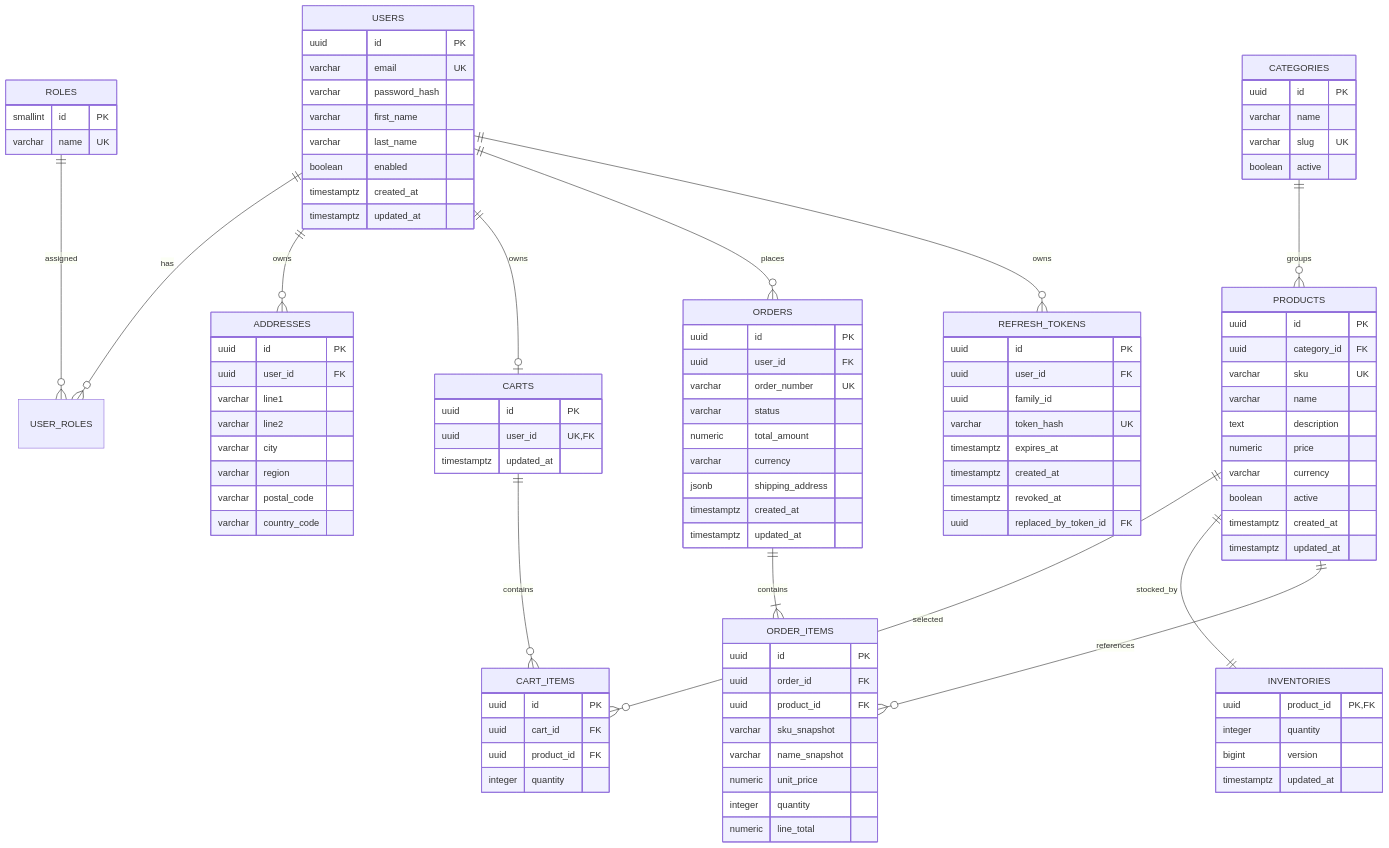
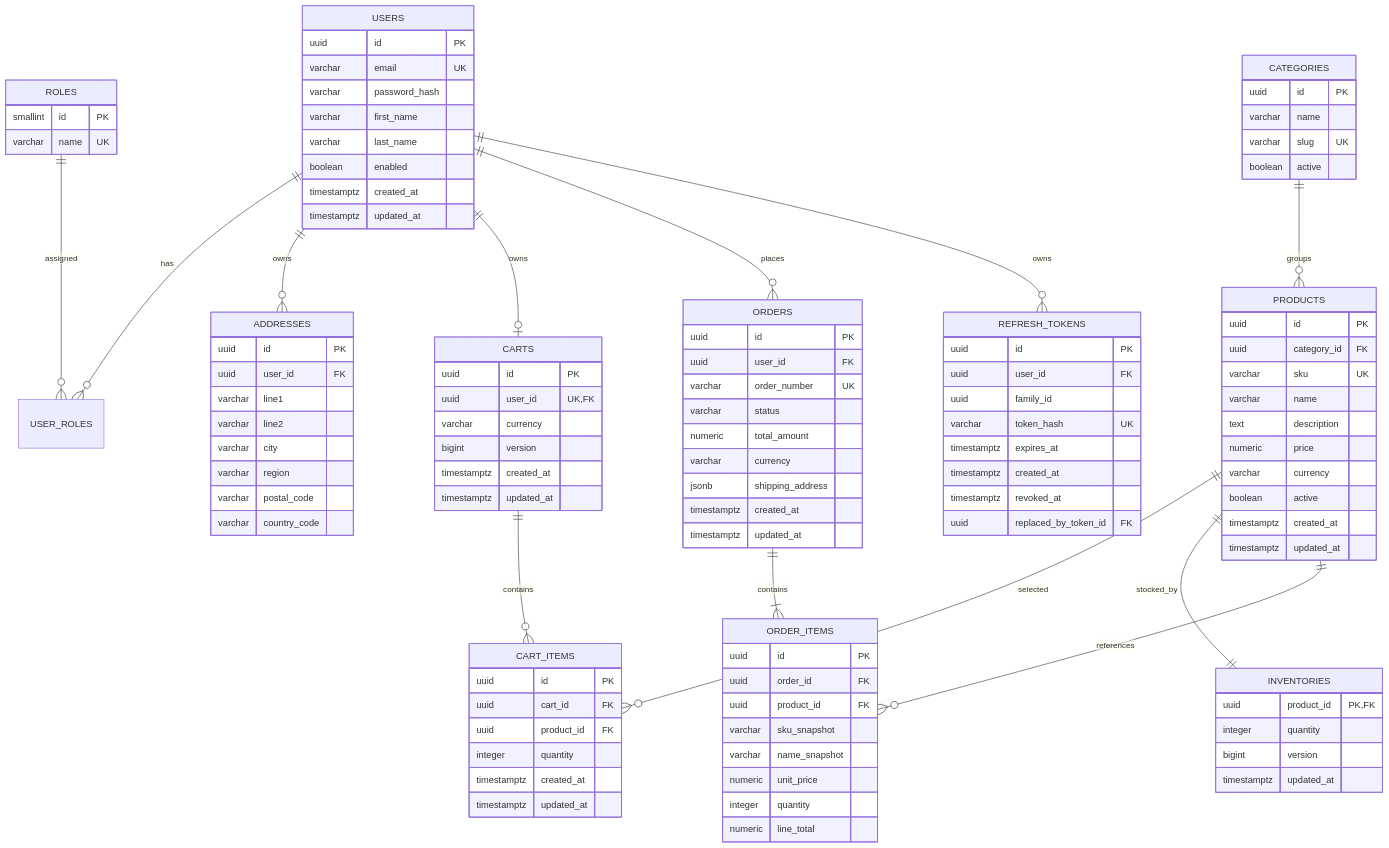
The diagram in docs/database-design.md (Deep2326/ordexaflow-api), drawn with Mermaid before and after one commit. The commit also changed 19 other files, not shown here.

```diff
--- a/docs/database-design.md
+++ b/docs/database-design.md
@@ -68,6 +68,9 @@
     CARTS {
         uuid id PK
         uuid user_id UK,FK
+        varchar currency
+        bigint version
+        timestamptz created_at
         timestamptz updated_at
     }
     CART_ITEMS {
@@ -75,6 +78,8 @@
         uuid cart_id FK
         uuid product_id FK
         integer quantity
+        timestamptz created_at
+        timestamptz updated_at
     }
     ORDERS {
         uuid id PK
```
